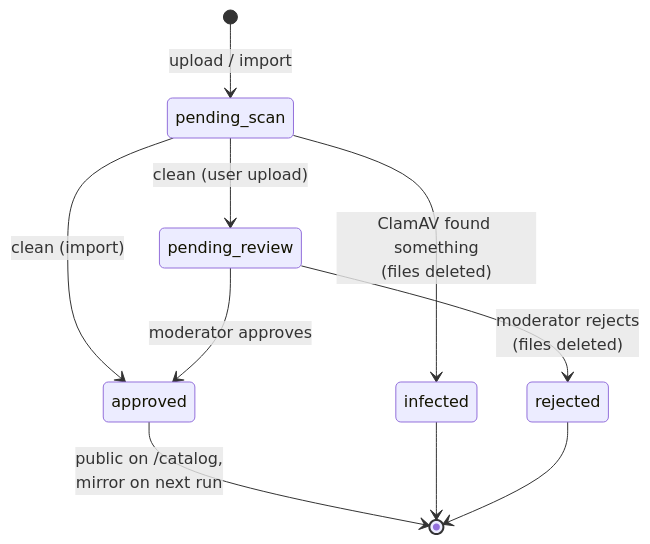
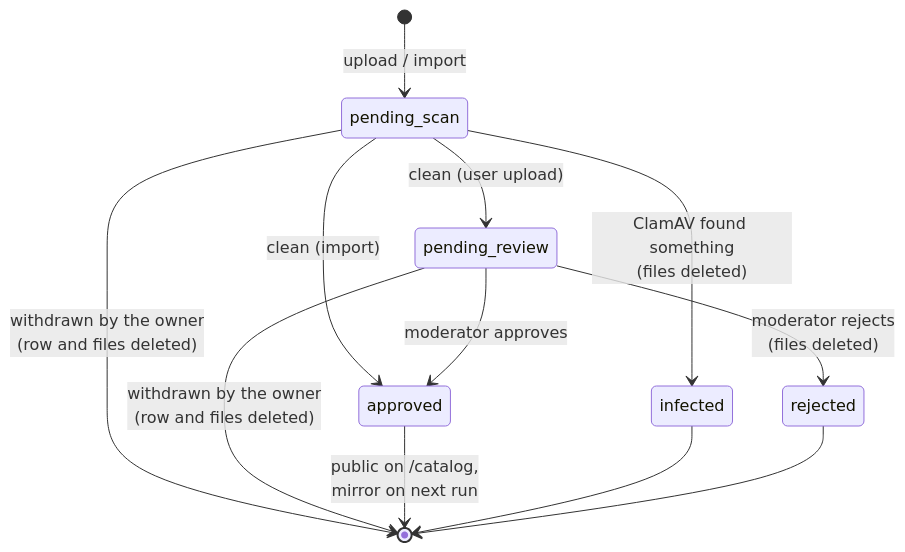
One commit to lilka-dev/catalog changed the third of 3 diagrams in api/README.md. Above: the diagram before and after it, drawn with Mermaid. The commit also changed other lines of this file and 16 other files, not shown here.

````diff
--- a/api/README.md
+++ b/api/README.md
@@ -149,12 +158,14 @@
 ```mermaid
 stateDiagram-v2
     [*] --> pending_scan: upload / import
     pending_scan --> infected: ClamAV found something<br/>(files deleted)
     pending_scan --> pending_review: clean (user upload)
     pending_scan --> approved: clean (import)
     pending_review --> approved: moderator approves
     pending_review --> rejected: moderator rejects<br/>(files deleted)
+    pending_scan --> [*]: withdrawn by the owner<br/>(row and files deleted)
+    pending_review --> [*]: withdrawn by the owner<br/>(row and files deleted)
     approved --> [*]: public on /catalog,<br/>mirror on next run
     infected --> [*]
     rejected --> [*]
 ```
````
